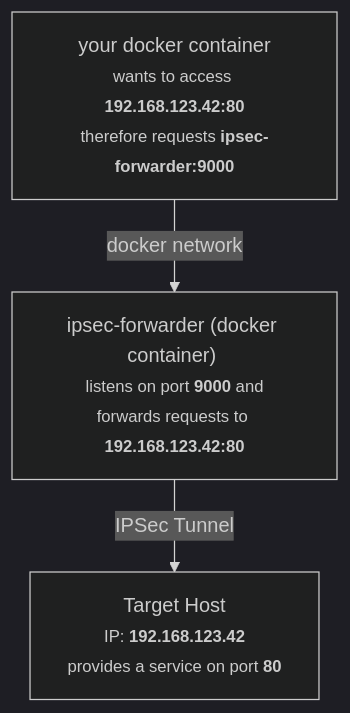
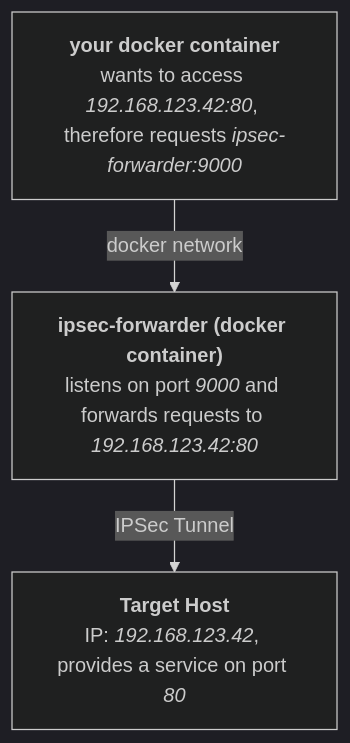
One commit to knrdl/ipsec-forwarder changed the diagram in README.md. Above: the diagram before and after it, drawn with Mermaid (dark theme).

````diff
--- a/README.md
+++ b/README.md
@@ -7,9 +7,9 @@
 ```mermaid
 graph TB
-a[your docker container<br><small>wants to access <b>192.168.123.42:80</b><br>therefore requests <b>ipsec-forwarder:9000</b></small>]
-b["ipsec-forwarder (docker container) <br><small>listens on port <b>9000</b> and<br>forwards requests to <b>192.168.123.42:80</b></small>"]
-c[Target Host<br><small>IP: <b>192.168.123.42</b></small><br><small>provides a service on port <b>80</b></small>]
+a[<b>your docker container</b><br>wants to access <i>192.168.123.42:80</i>, therefore requests <i>ipsec-forwarder:9000</i>]
+b["<b>ipsec-forwarder (docker container)</b><br>listens on port <i>9000</i> and forwards requests to <i>192.168.123.42:80</i>"]
+c[<b>Target Host</b><br>IP: <i>192.168.123.42</i>, provides a service on port <i>80</i>]
 
 a-->|docker network| b
 b-->|IPSec Tunnel| c
 ```
````
